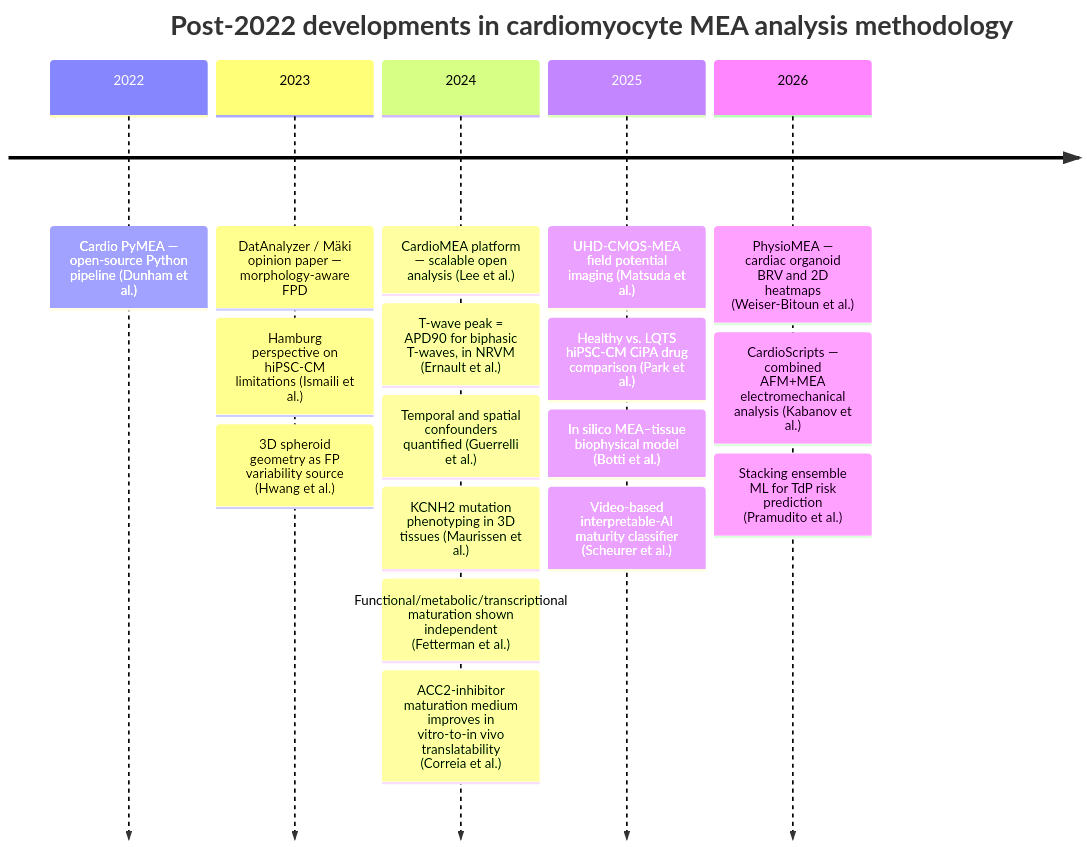
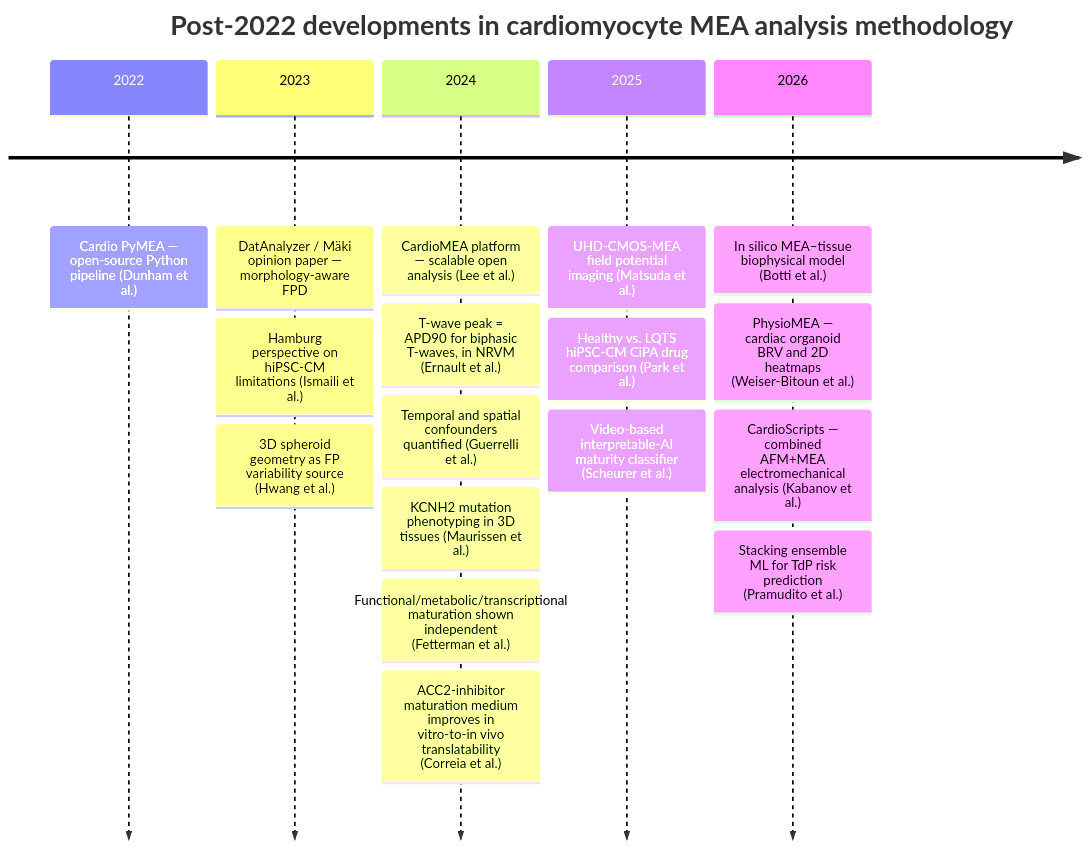
The first of 2 diagrams in main.md (AnaHill/MEA_review_llm_wiki), drawn with Mermaid before and after one commit. The commit also changed 2 other files, not shown here.

Commit message:
add docs/claims-by-source.md, a per-source checklist of claims in main.md, and move Botti to 2026 in the timeline

````diff
--- a/main.md
+++ b/main.md
@@ -33,21 +33,21 @@
 ```mermaid
 timeline
     title Post-2022 developments in cardiomyocyte MEA analysis methodology
     2022 : Cardio PyMEA — open-source Python pipeline (Dunham et al.)
     2023 : DatAnalyzer / Mäki opinion paper — morphology-aware FPD
          : Hamburg perspective on hiPSC-CM limitations (Ismaili et al.)
          : 3D spheroid geometry as FP variability source (Hwang et al.)
     2024 : CardioMEA platform — scalable open analysis (Lee et al.)
          : T-wave peak = APD90 for biphasic T-waves, in NRVM (Ernault et al.)
          : Temporal and spatial confounders quantified (Guerrelli et al.)
          : KCNH2 mutation phenotyping in 3D tissues (Maurissen et al.)
          : Functional/metabolic/transcriptional maturation shown independent (Fetterman et al.)
          : ACC2-inhibitor maturation medium improves in vitro-to-in vivo translatability (Correia et al.)
     2025 : UHD-CMOS-MEA field potential imaging (Matsuda et al.)
          : Healthy vs. LQTS hiPSC-CM CiPA drug comparison (Park et al.)
-         : In silico MEA–tissue biophysical model (Botti et al.)
          : Video-based interpretable-AI maturity classifier (Scheurer et al.)
-    2026 : PhysioMEA — cardiac organoid BRV and 2D heatmaps (Weiser-Bitoun et al.)
+    2026 : In silico MEA–tissue biophysical model (Botti et al.)
+         : PhysioMEA — cardiac organoid BRV and 2D heatmaps (Weiser-Bitoun et al.)
          : CardioScripts — combined AFM+MEA electromechanical analysis (Kabanov et al.)
          : Stacking ensemble ML for TdP risk prediction (Pramudito et al.)
 ```
````
